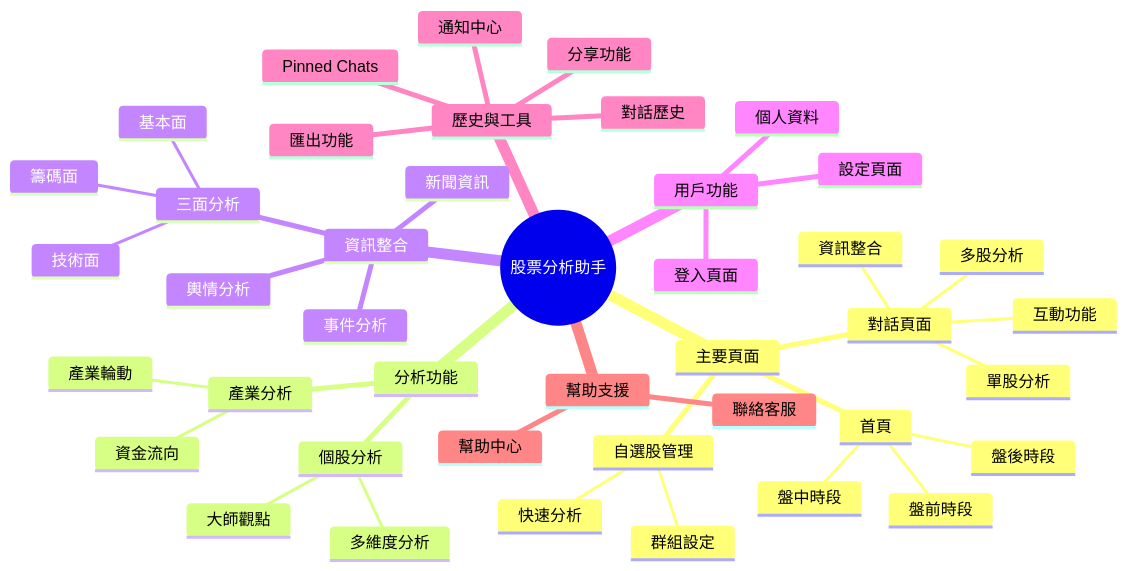
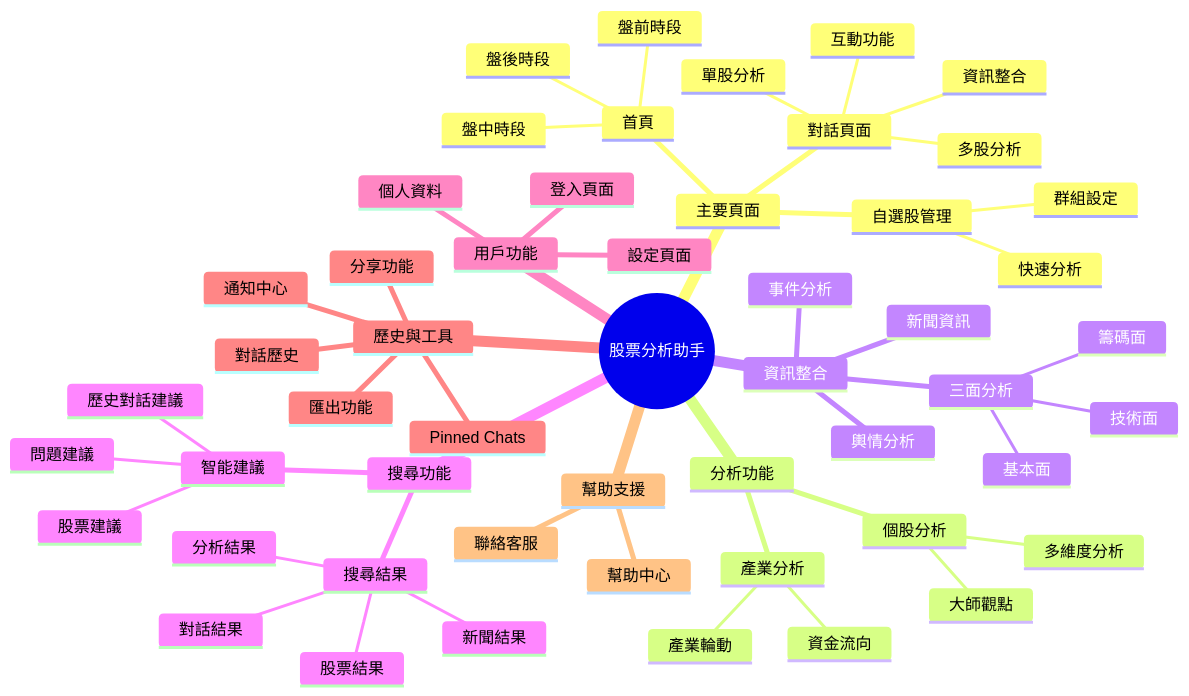
The second of 2 diagrams in docs/sitemap.md (hihihowru/ai-chatbot-proxy), drawn with Mermaid before and after one commit. The commit also changed other lines of this file, not shown here.

````diff
--- a/docs/sitemap.md
+++ b/docs/sitemap.md
@@ -41,45 +58,55 @@
 ```mermaid
 mindmap
   root((股票分析助手))
     主要頁面
       首頁
         盤前時段
         盤中時段
         盤後時段
       對話頁面
         多股分析
         單股分析
         資訊整合
         互動功能
       自選股管理
         群組設定
         快速分析
     分析功能
       個股分析
         大師觀點
         多維度分析
       產業分析
         產業輪動
         資金流向
     資訊整合
       新聞資訊
       輿情分析
       事件分析
       三面分析
         籌碼面
         基本面
         技術面
+    搜尋功能
+      智能建議
+        股票建議
+        問題建議
+        歷史對話建議
+      搜尋結果
+        股票結果
+        新聞結果
+        對話結果
+        分析結果
     用戶功能
       登入頁面
       個人資料
       設定頁面
     歷史與工具
       對話歷史
       Pinned Chats
       匯出功能
       分享功能
       通知中心
     幫助支援
       幫助中心
       聯絡客服
 ```
````
